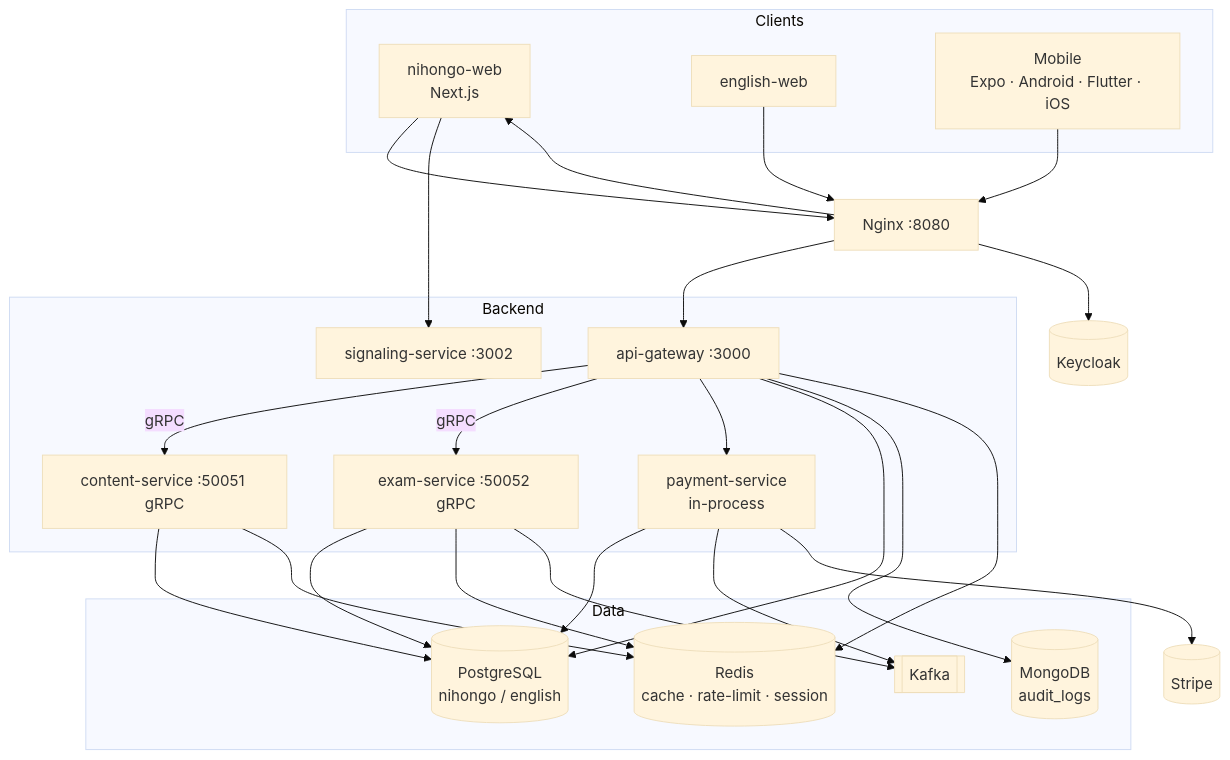
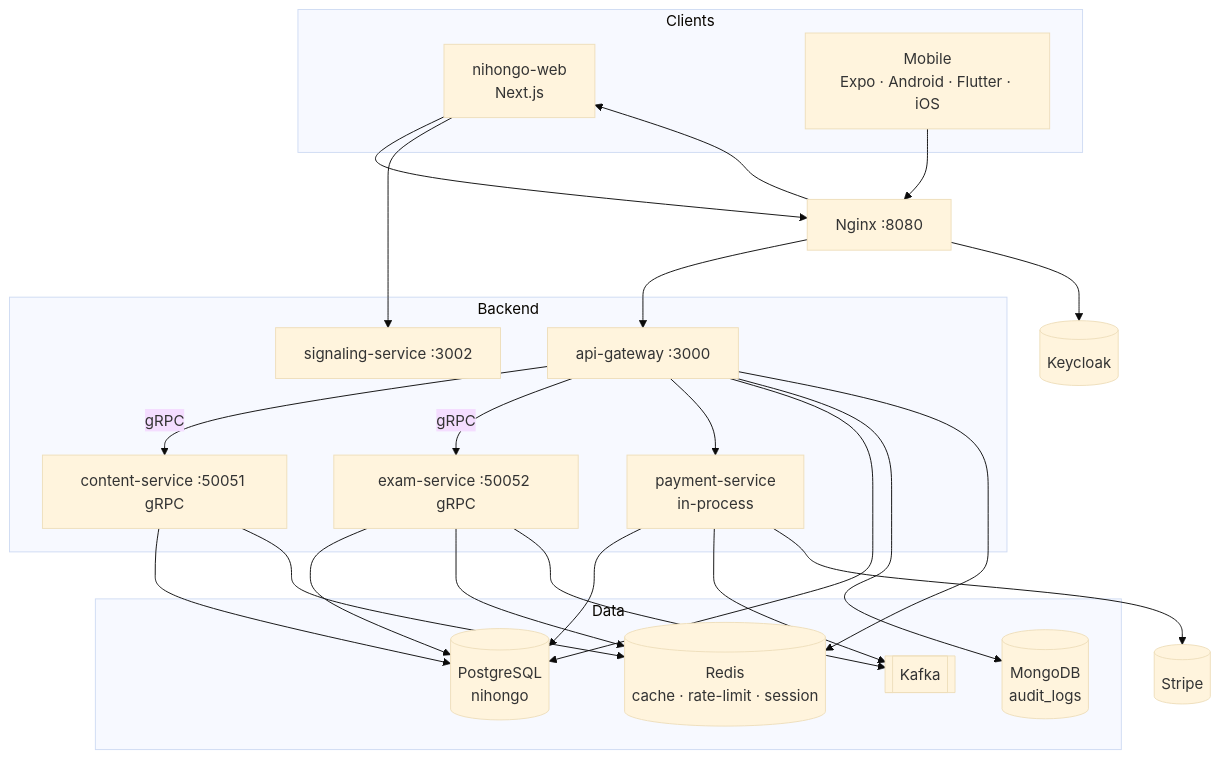
The seventh of 13 diagrams in docs/analysis-design.md (letiendungdn/EDU_APP), drawn with Mermaid (base theme) before and after one commit. The commit also changed 61 other files, not shown here.

````diff
--- a/docs/analysis-design.md
+++ b/docs/analysis-design.md
@@ -311,39 +311,38 @@
 ```mermaid
 flowchart TB
   subgraph Clients
     WEB[nihongo-web<br/>Next.js]
-    EN[english-web]
     MOB[Mobile<br/>Expo · Android · Flutter · iOS]
   end
 
   NGX[Nginx :8080]
 
   subgraph Backend
     GW[api-gateway :3000]
     CS[content-service :50051 gRPC]
     ES[exam-service :50052 gRPC]
     PS[payment-service<br/>in-process]
     SIG[signaling-service :3002]
   end
 
   subgraph Data
-    PG[(PostgreSQL<br/>nihongo / english)]
+    PG[(PostgreSQL<br/>nihongo)]
     MG[(MongoDB<br/>audit_logs)]
     RD[(Redis<br/>cache · rate-limit · session)]
     KF[[Kafka]]
   end
 
-  WEB & EN & MOB --> NGX
+  WEB & MOB --> NGX
   NGX --> WEB
   NGX --> GW
   NGX --> KC[(Keycloak)]
 
   GW -->|gRPC| CS & ES
   GW --> PS
   WEB --> SIG
   CS & ES --> PG
   GW --> PG & MG & RD
   PS --> PG & KF & Stripe[(Stripe)]
   ES --> RD & KF
   CS --> RD
 ```
````
